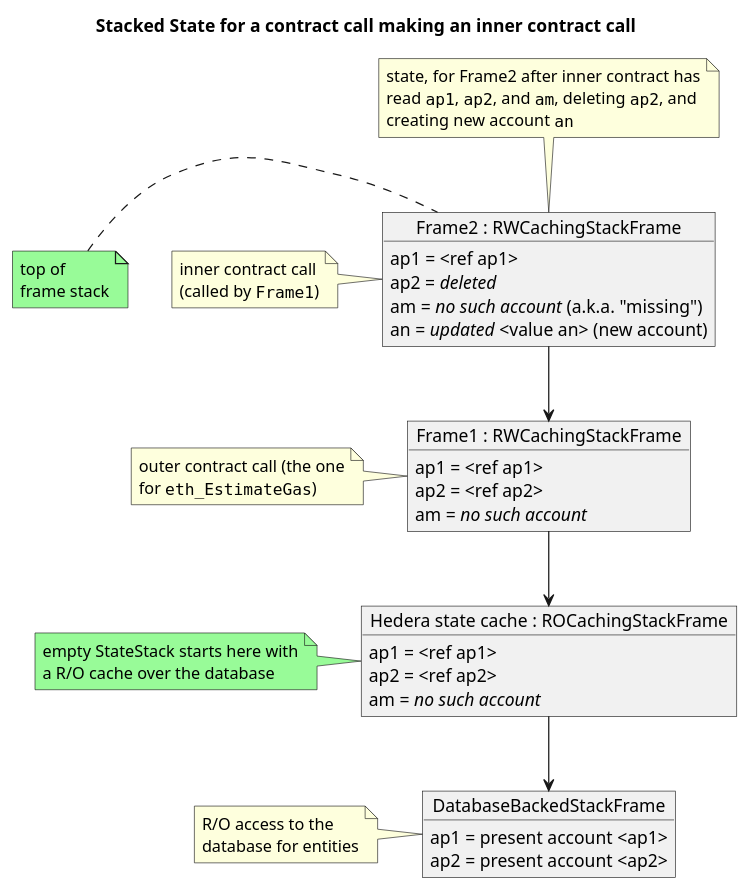
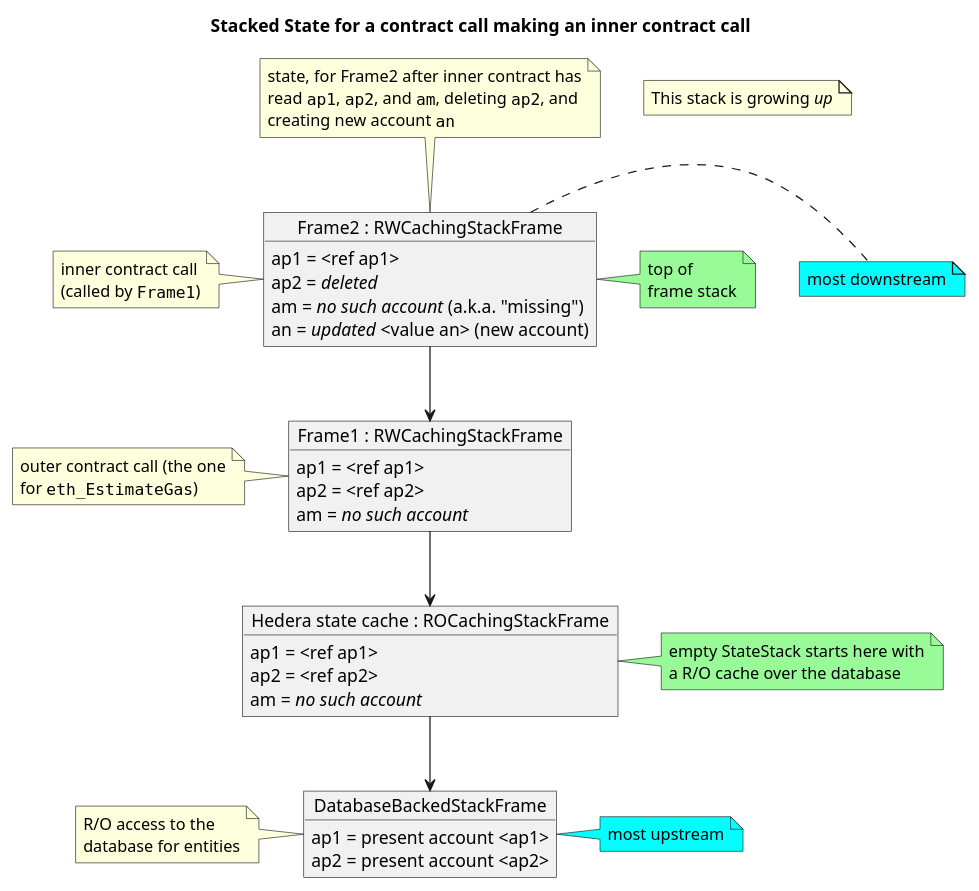
One commit to hashgraph/hedera-mirror-node changed the diagram in hedera-mirror-web3/src/main/java/com/hedera/mirror/web3/evm/store/hedera/docs/ObjectDiagram-StackedStateFrames.puml. Above: the diagram before and after it, drawn with PlantUML. The commit also changed 16 other files, not shown here.

```diff
--- a/hedera-mirror-web3/src/main/java/com/hedera/mirror/web3/evm/store/hedera/docs/ObjectDiagram-StackedStateFrames.puml
+++ b/hedera-mirror-web3/src/main/java/com/hedera/mirror/web3/evm/store/hedera/docs/ObjectDiagram-StackedStateFrames.puml
@@ -1,43 +1,47 @@
 @startuml
 title Stacked State for a contract call making an inner contract call
 
 object "Frame2 : RWCachingStackFrame" as Frame2 {
    ap1 = <ref ap1>
    ap2 = //deleted//
    am = //no such account// (a.k.a. "missing")
    an = //updated// <value an> (new account)
 }
 
 object "Frame1 : RWCachingStackFrame" as Frame1 {
    ap1 = <ref ap1>
    ap2 = <ref ap2>
    am = //no such account//
 }
 
 object "Hedera state cache : ROCachingStackFrame" as ROCache {
    ap1 = <ref ap1>
    ap2 = <ref ap2>
    am = //no such account//
 }
 object "DatabaseBackedStackFrame" as  DBAccess {
    ap1 = present account <ap1>
    ap2 = present account <ap2>
 }
 
 Frame2 --> Frame1
 Frame1 --> ROCache
 ROCache --> DBAccess
 
 
 note as Title
    state, for Frame2 after inner contract has
    read ""ap1"", ""ap2"", and ""am"", deleting ""ap2"", and
    creating new account ""an""
 end note
 Title --[hidden]>Frame2
-note left of Frame2 #palegreen : top of\nframe stack
+note right of Frame2 #cyan: most downstream
+note right of Frame2 #palegreen : top of\nframe stack
 note left of Frame2 : inner contract call\n(called by ""Frame1"")
 note left of Frame1 : outer contract call (the one\nfor ""eth_EstimateGas"")
-note left of ROCache #palegreen: empty StateStack starts here with\na R/O cache over the database
+note right of ROCache #palegreen: empty StateStack starts here with\na R/O cache over the database
 note left of DBAccess : R/O access to the\ndatabase for entities
+note right of DBAccess #cyan: most upstream
+
+note "This stack is growing //up//" as N1
 @enduml
```
